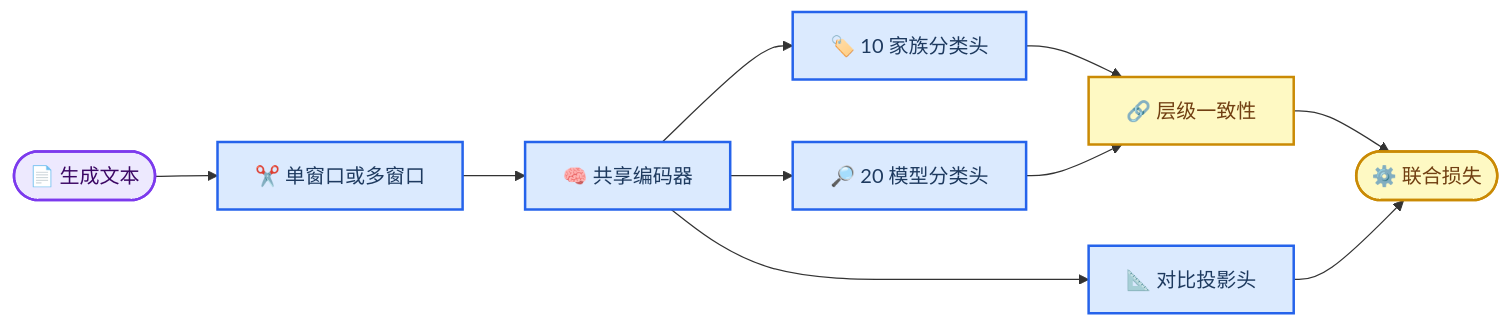
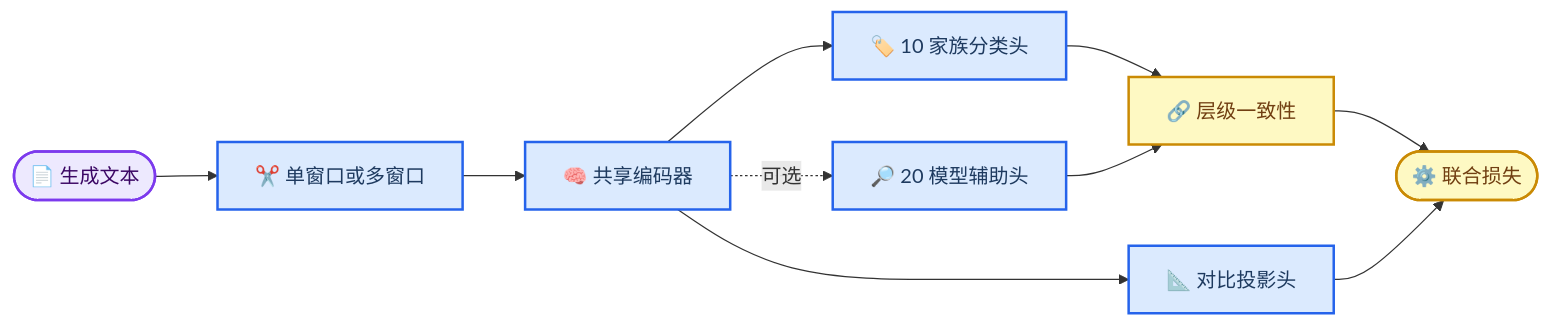
One commit to Zhong0118/aigc_detector changed the second of 2 diagrams in docs/superpowers/specs/2026-07-30-hierarchical-llm-attribution-training-design.md. Above: the diagram before and after it, drawn with Mermaid. The commit also changed other lines of this file, not shown here.

````diff
--- a/docs/superpowers/specs/2026-07-30-hierarchical-llm-attribution-training-design.md
+++ b/docs/superpowers/specs/2026-07-30-hierarchical-llm-attribution-training-design.md
@@ -211,23 +215,23 @@
 ```mermaid
 flowchart LR
-    accTitle: 层级双头溯源模型
-    accDescr: 文本经单窗口或多窗口编码得到共享表示，同时输入家族分类头、具体模型分类头和对比投影头，并通过层级一致性约束联合训练。
+    accTitle: 家族主任务与可选辅助监督
+    accDescr: 文本经单窗口或多窗口编码得到共享表示，家族分类头始终启用；具体模型分类头和层级一致性仅作为可选训练消融，不属于最终用户输出。
 
     text([📄 生成文本]) --> views[✂️ 单窗口或多窗口]
     views --> backbone[🧠 共享编码器]
     backbone --> family_head[🏷️ 10 家族分类头]
-    backbone --> model_head[🔎 20 模型分类头]
+    backbone -. 可选 .-> model_head[🔎 20 模型辅助头]
     backbone --> projection[📐 对比投影头]
     family_head --> consistency[🔗 层级一致性]
     model_head --> consistency
     consistency --> loss([⚙️ 联合损失])
     projection --> loss
 
     classDef input_style fill:#ede9fe,stroke:#7c3aed,stroke-width:2px,color:#3b0764
     classDef model_style fill:#dbeafe,stroke:#2563eb,stroke-width:2px,color:#1e3a5f
     classDef constraint_style fill:#fef9c3,stroke:#ca8a04,stroke-width:2px,color:#713f12
 
     class text input_style
     class views,backbone,family_head,model_head,projection model_style
     class consistency,loss constraint_style
 ```
````
